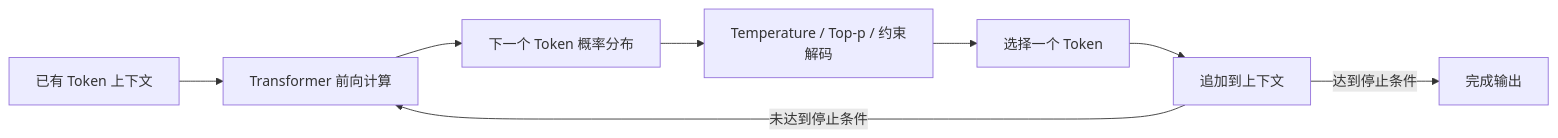
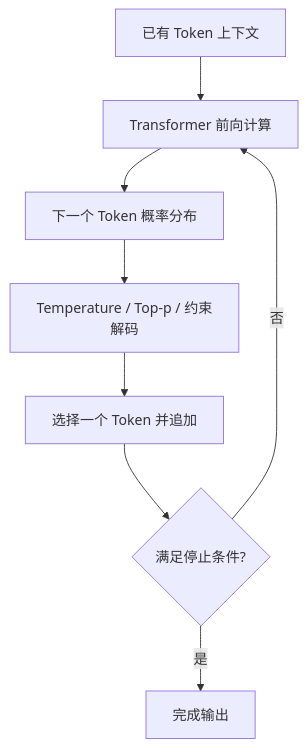
Before and after one commit to wujinjun/ai-agent-book: the second of 4 diagrams in docs/part-01-foundations/ch01-what-is-llm.md, drawn with Mermaid. The commit also changed other lines of this file and 536 other files, not shown here.

````diff
--- a/docs/part-01-foundations/ch01-what-is-llm.md
+++ b/docs/part-01-foundations/ch01-what-is-llm.md
@@ -86,13 +88,13 @@
 ```mermaid
 %% id: autoregressive-token-generation-loop
 %% title: 自回归 Token 生成循环
 %% alt: 已有 Token 上下文经过 Transformer 得到概率分布，解码选择 Token 并追加，直到满足停止条件
-flowchart LR
+flowchart TB
     Context["已有 Token 上下文"] --> Forward["Transformer 前向计算"]
     Forward --> Distribution["下一个 Token 概率分布"]
     Distribution --> Decode["Temperature / Top-p / 约束解码"]
-    Decode --> Token["选择一个 Token"]
-    Token --> Append["追加到上下文"]
-    Append -->|未达到停止条件| Forward
-    Append -->|达到停止条件| Output["完成输出"]
+    Decode --> Token["选择一个 Token 并追加"]
+    Token --> Stop{"满足停止条件?"}
+    Stop -->|否| Forward
+    Stop -->|是| Output["完成输出"]
 ```
````
